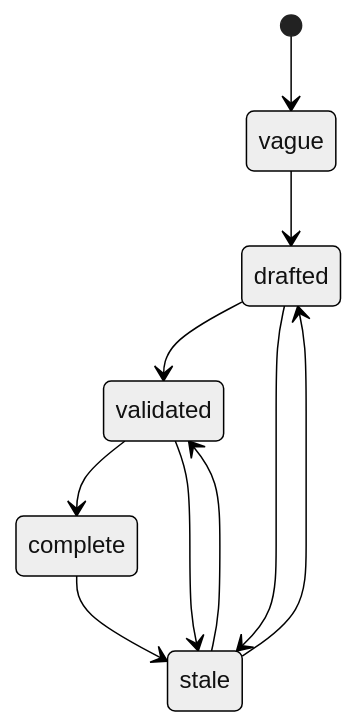
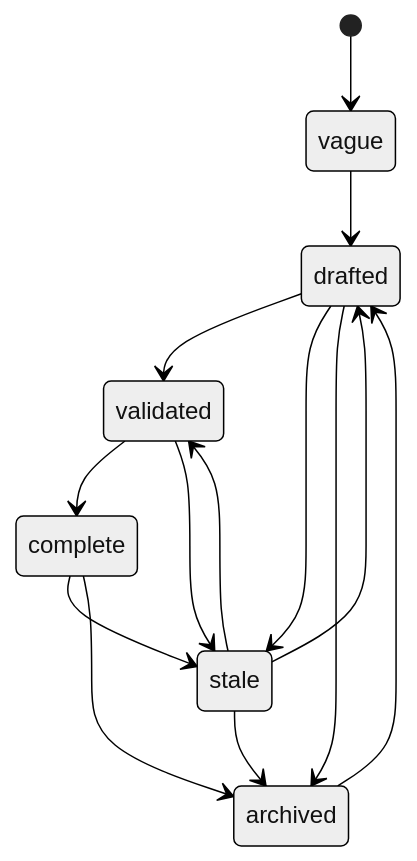
The third of 3 diagrams in docs/guide/designing-specs.md (changkun/wallfacer), drawn with Mermaid (neutral theme) before and after one commit. The commit also changed other lines of this file and 3 other files, not shown here.

````diff
--- a/docs/guide/designing-specs.md
+++ b/docs/guide/designing-specs.md
@@ -122,12 +165,16 @@
 ```mermaid
 stateDiagram-v2
   [*] --> vague
   vague --> drafted
   drafted --> validated
   drafted --> stale
+  drafted --> archived
   validated --> complete
   validated --> stale
   complete --> stale
+  complete --> archived
   stale --> drafted
   stale --> validated
+  stale --> archived
+  archived --> drafted
 ```
````
